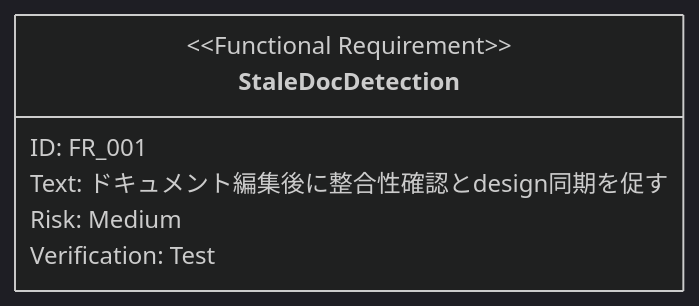
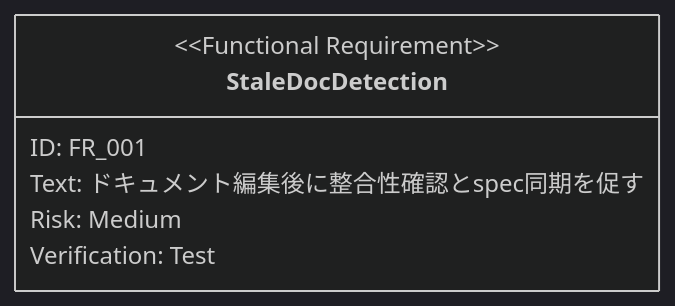
Before and after one commit to ToshikiImagawa/ai-sdd-workflow-dev: the second of 2 diagrams in .sdd/requirement/quality-guardrails/stale-doc-detection.md, drawn with Mermaid. The commit also changed other lines of this file and 35 other files, not shown here.

````diff
--- a/.sdd/requirement/quality-guardrails/stale-doc-detection.md
+++ b/.sdd/requirement/quality-guardrails/stale-doc-detection.md
@@ -68,10 +74,10 @@
 ```mermaid
 %%{init: {'theme': 'dark'}}%%
 requirementDiagram
     functionalRequirement StaleDocDetection {
         id: FR_001
-        text: "ドキュメント編集後に整合性確認とdesign同期を促す"
+        text: "ドキュメント編集後に整合性確認とspec同期を促す"
         risk: medium
         verifymethod: test
     }
 ```
````
